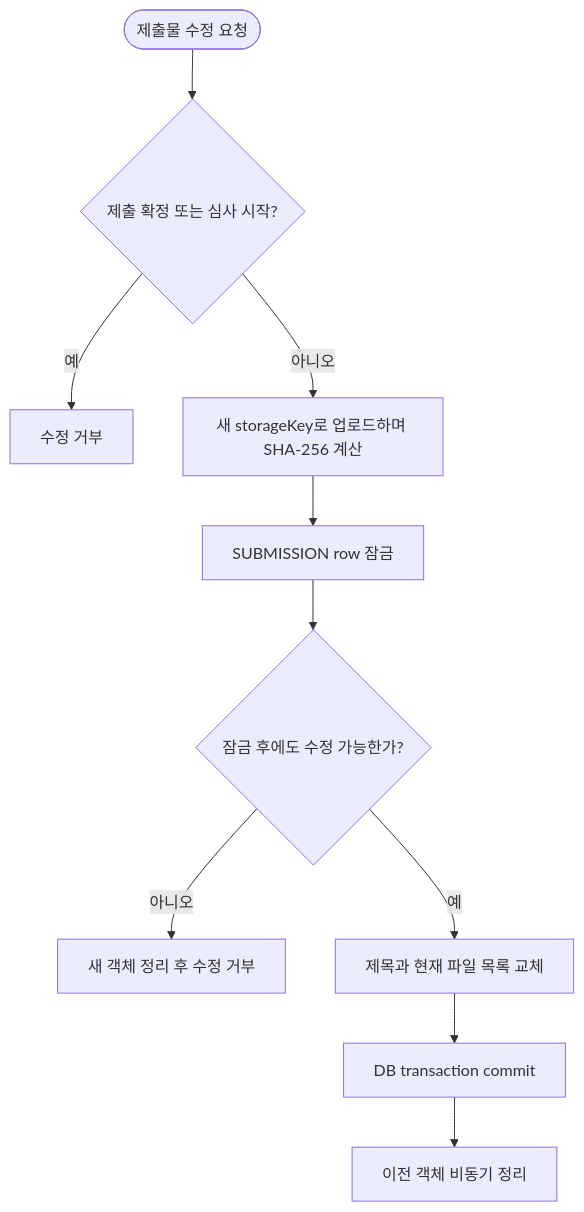
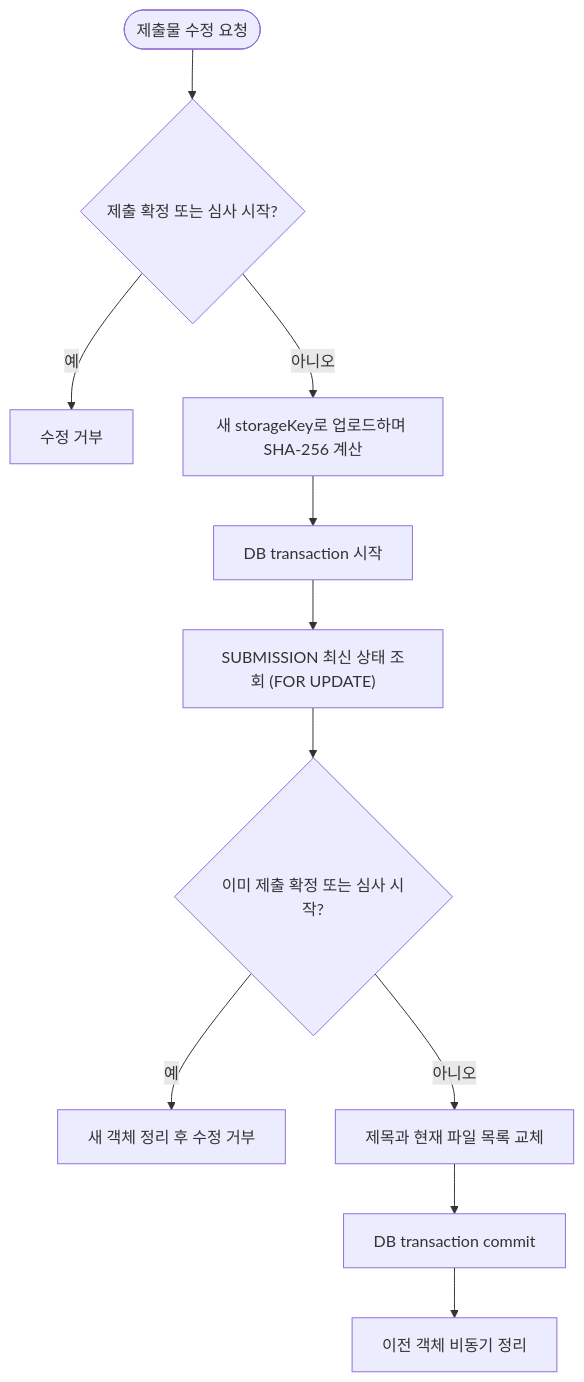
The eighth of 22 diagrams in docs/architecture-diagrams.md (Tok-Baro/Trekkey_BackEnd), drawn with Mermaid before and after one commit. The commit also changed other lines of this file and 5 other files, not shown here.

````diff
--- a/docs/architecture-diagrams.md
+++ b/docs/architecture-diagrams.md
@@ -258,12 +258,13 @@
 ```mermaid
 flowchart TD
     request(["제출물 수정 요청"]) --> immutable{"제출 확정 또는 심사 시작?"}
     immutable -->|"예"| reject["수정 거부"]
     immutable -->|"아니오"| upload["새 storageKey로 업로드하며 SHA-256 계산"]
-    upload --> lock["SUBMISSION row 잠금"]
-    lock --> recheck{"잠금 후에도 수정 가능한가?"}
-    recheck -->|"아니오"| cleanupNew["새 객체 정리 후 수정 거부"]
-    recheck -->|"예"| replace["제목과 현재 파일 목록 교체"]
+    upload --> transaction["DB transaction 시작"]
+    transaction --> latest["SUBMISSION 최신 상태 조회 (FOR UPDATE)"]
+    latest --> recheck{"이미 제출 확정 또는 심사 시작?"}
+    recheck -->|"예"| cleanupNew["새 객체 정리 후 수정 거부"]
+    recheck -->|"아니오"| replace["제목과 현재 파일 목록 교체"]
     replace --> commit["DB transaction commit"]
     commit --> cleanupOld["이전 객체 비동기 정리"]
 ```
````
